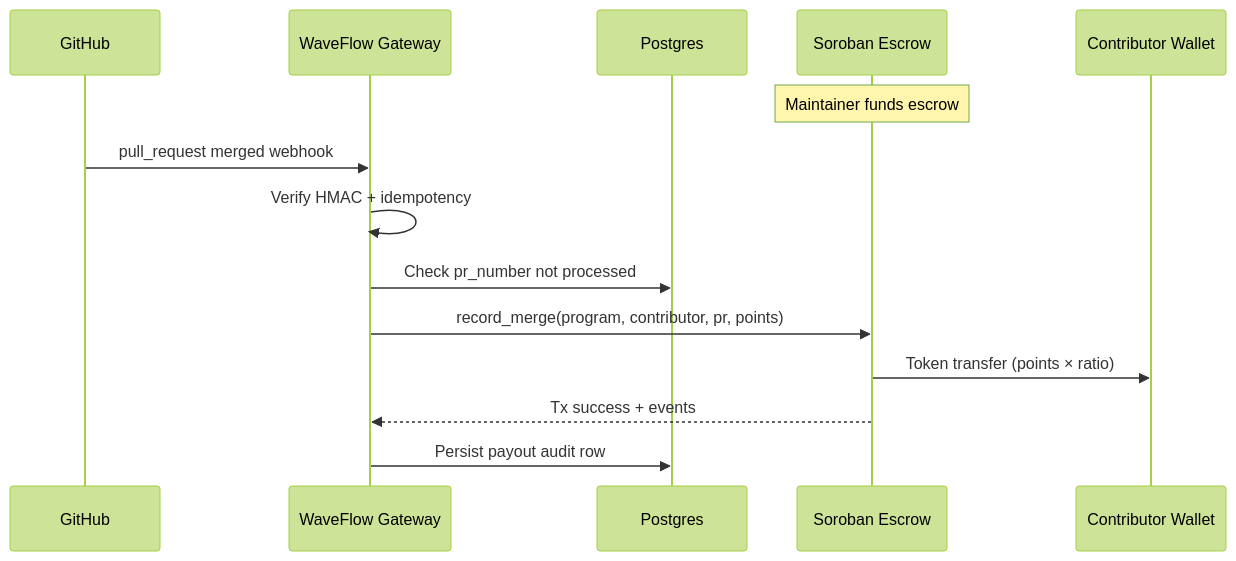
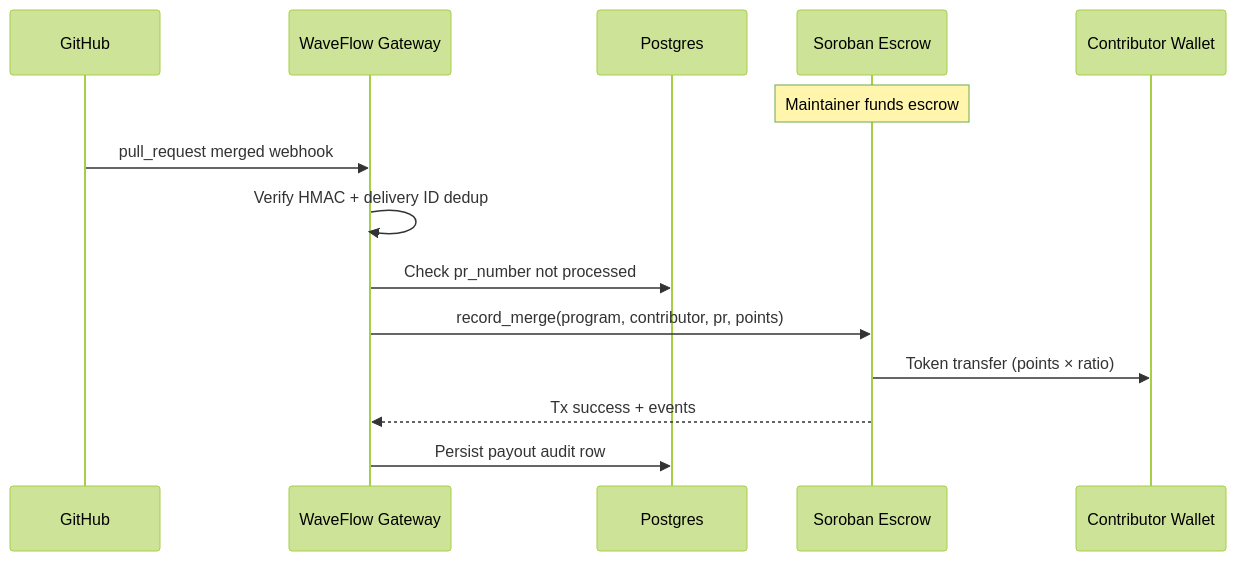
Before and after one commit to StellarRoute/WaveFlow: the diagram in docs/PRD.md, drawn with Mermaid (forest theme). The commit also changed other lines of this file, not shown here.

````diff
--- a/docs/PRD.md
+++ b/docs/PRD.md
@@ -176,17 +305,17 @@
 ```mermaid
 sequenceDiagram
     participant GH as GitHub
     participant GW as WaveFlow Gateway
     participant DB as Postgres
     participant SC as Soroban Escrow
     participant W as Contributor Wallet
 
     Note over SC: Maintainer funds escrow
     GH->>GW: pull_request merged webhook
-    GW->>GW: Verify HMAC + idempotency
+    GW->>GW: Verify HMAC + delivery ID dedup
     GW->>DB: Check pr_number not processed
     GW->>SC: record_merge(program, contributor, pr, points)
     SC->>W: Token transfer (points × ratio)
     SC-->>GW: Tx success + events
     GW->>DB: Persist payout audit row
 ```
````
